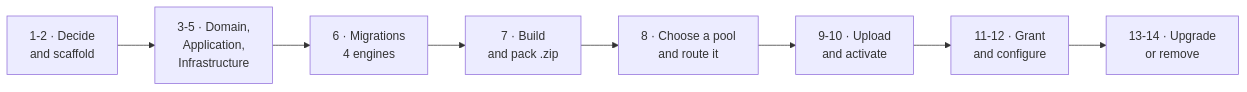
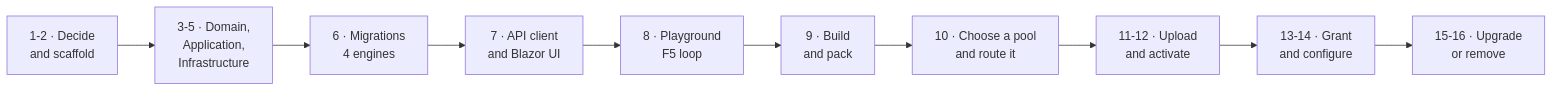
The first of 5 diagrams in docs/astro-modular-blazor-docs/curved-chasm/src/content/docs/backend/create-a-module.md (soft-square-net/ModularBlazor.Platform), drawn with Mermaid before and after one commit. The commit also changed other lines of this file and 7 other files, not shown here.

First line of the commit message:
Document the client parts and the playground in "Create a module"

````diff
--- a/docs/astro-modular-blazor-docs/curved-chasm/src/content/docs/backend/create-a-module.md
+++ b/docs/astro-modular-blazor-docs/curved-chasm/src/content/docs/backend/create-a-module.md
@@ -12,10 +28,12 @@
 ```mermaid
 flowchart LR
     A["1-2 · Decide<br/>and scaffold"] --> B["3-5 · Domain,<br/>Application,<br/>Infrastructure"]
     B --> C["6 · Migrations<br/>4 engines"]
-    C --> D["7 · Build<br/>and pack .zip"]
-    D --> E["8 · Choose a pool<br/>and route it"]
-    E --> F["9-10 · Upload<br/>and activate"]
-    F --> G["11-12 · Grant<br/>and configure"]
-    G --> H["13-14 · Upgrade<br/>or remove"]
+    C --> D["7 · API client<br/>and Blazor UI"]
+    D --> P["8 · Playground<br/>F5 loop"]
+    P --> E["9 · Build<br/>and pack"]
+    E --> F["10 · Choose a pool<br/>and route it"]
+    F --> G["11-12 · Upload<br/>and activate"]
+    G --> H["13-14 · Grant<br/>and configure"]
+    H --> I["15-16 · Upgrade<br/>or remove"]
 ```
````
